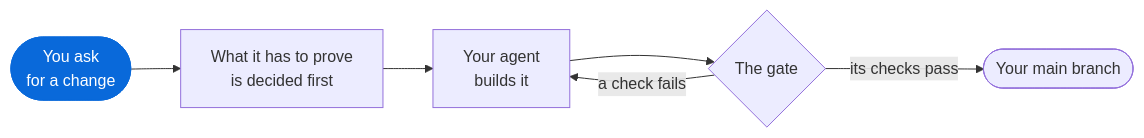
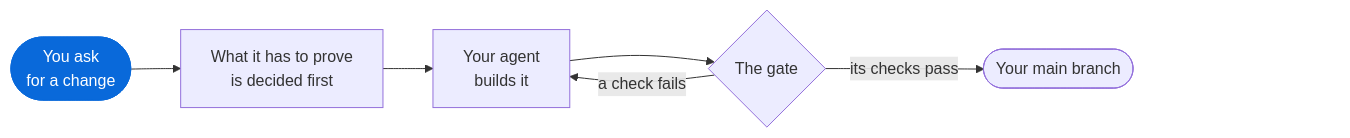
The diagram in README.md (MarsGotta/gdd), drawn with Mermaid before and after one commit. The commit also changed 1 other file, not shown here.

Commit message:
Keep the diagrams clear of GitHub's zoom buttons
GitHub draws its zoom buttons over the right side of every Mermaid
diagram, and they covered the last node of four of the five. The three
diagrams that run in a row now end in an empty node that keeps that side
free, and the sequence diagram gets wider margins. The one about colors
is now a grid, with each check in its own column, so a color that
doesn't ask for a check leaves a gap where it would be.

````diff
--- a/README.md
+++ b/README.md
@@ -9,12 +9,16 @@
 ```mermaid
 flowchart LR
     accTitle: A change, with a gate in the way
     accDescr: You ask for a change. What it has to prove is decided before anyone builds. Your agent builds it, and the gate runs checks the agent can't touch. If they pass, the change reaches your main branch. If one fails, it goes back to the agent.
     Y(["You ask<br/>for a change"]) --> B["What it has to prove<br/>is decided first"]
     B --> A["Your agent<br/>builds it"]
     A --> G{"The gate"}
     G -- "its checks pass" --> M(["Your main branch"])
     G -- "a check fails" --> A
+    %% An empty node keeps the right side free: GitHub draws its zoom buttons there
+    M ~~~ Z["zoom buttons"]
     classDef you fill:#0969da,stroke:#0969da,color:#ffffff
+    classDef room fill:none,stroke:none,color:transparent
     class Y you
+    class Z room
 ```
````
